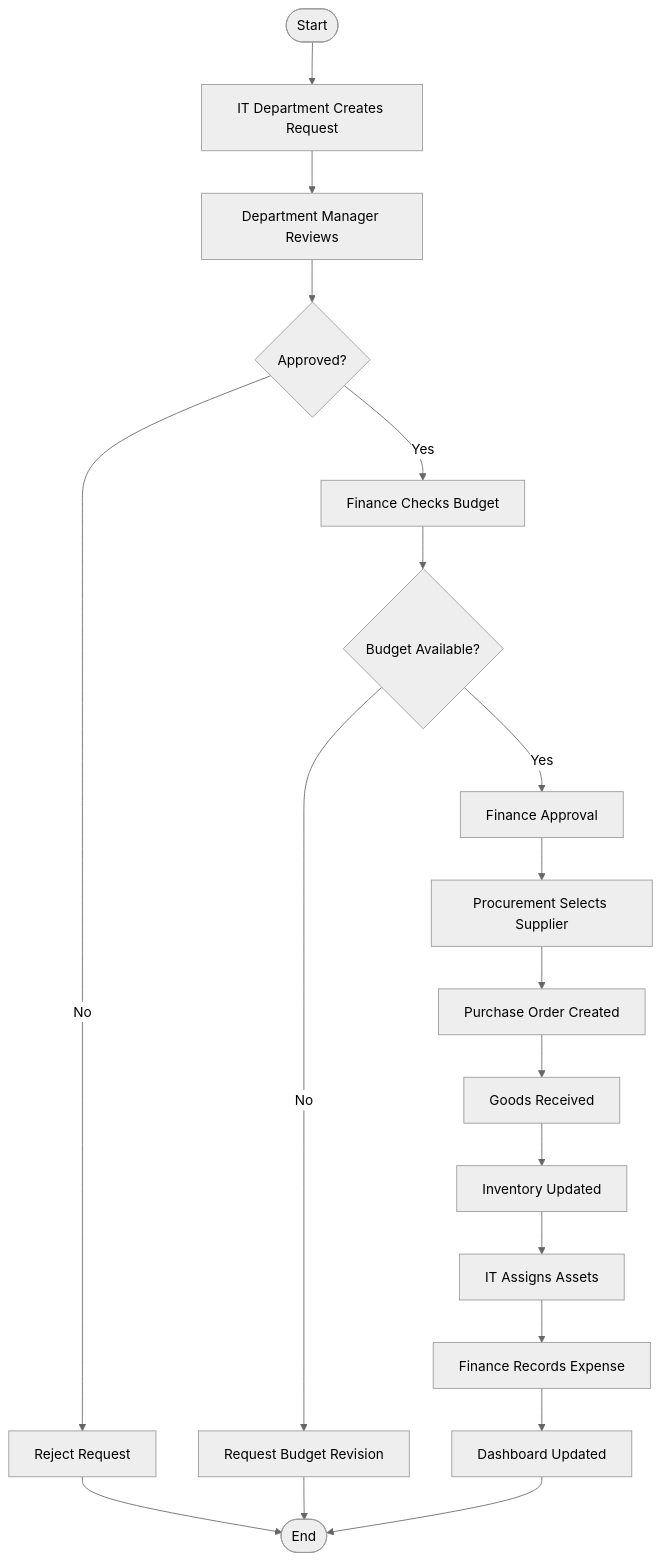
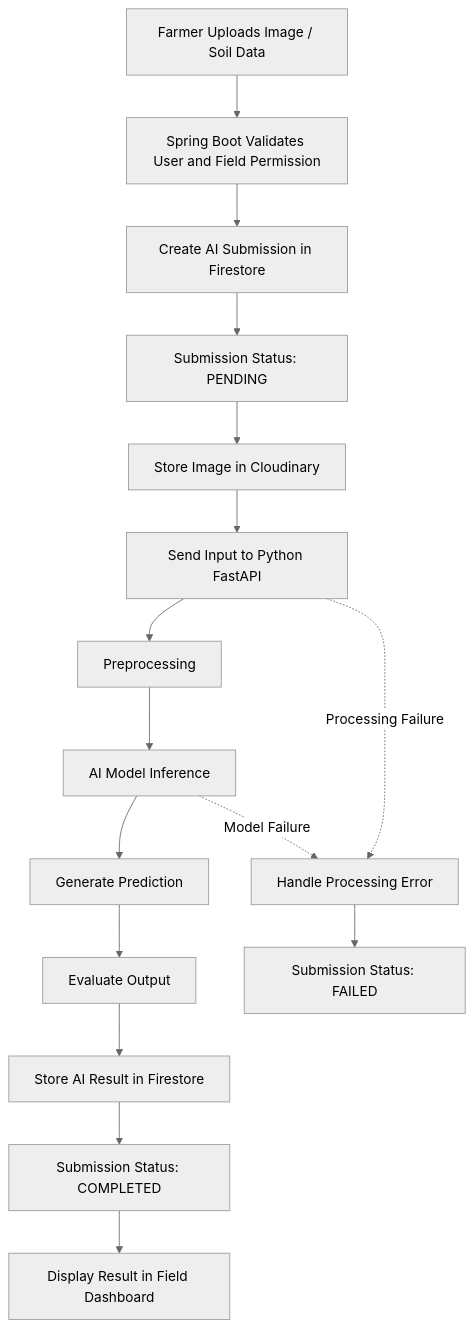
One commit to suyabamin/Aop-project-documantation changed the eighth of 16 diagrams in README.md. Above: the diagram before and after it, drawn with Mermaid (neutral theme). The commit also changed other lines of this file, not shown here.

````diff
--- a/README.md
+++ b/README.md
@@ -738,25 +1076,41 @@
 ```mermaid
 flowchart TD
-    A([Start]) --> B[IT Department Creates Request]
-    B --> C[Department Manager Reviews]
-    C --> D{Approved?}
 
-    D -->|No| E[Reject Request]
-    E --> Z([End])
+    A["Farmer Uploads Image / Soil Data"]
 
-    D -->|Yes| F[Finance Checks Budget]
-    F --> G{Budget Available?}
+    B["Spring Boot Validates User and Field Permission"]
 
-    G -->|No| H[Request Budget Revision]
-    H --> Z
+    C["Create AI Submission in Firestore"]
 
-    G -->|Yes| I[Finance Approval]
-    I --> J[Procurement Selects Supplier]
-    J --> K[Purchase Order Created]
-    K --> L[Goods Received]
-    L --> M[Inventory Updated]
-    M --> N[IT Assigns Assets]
-    N --> O[Finance Records Expense]
-    O --> P[Dashboard Updated]
-    P --> Z
+    D["Submission Status: PENDING"]
+
+    E["Store Image in Cloudinary"]
+
+    F["Send Input to Python FastAPI"]
+
+    G["Preprocessing"]
+
+    H["AI Model Inference"]
+
+    I["Generate Prediction"]
+
+    J["Evaluate Output"]
+
+    K["Store AI Result in Firestore"]
+
+    L["Submission Status: COMPLETED"]
+
+    M["Display Result in Field Dashboard"]
+
+    N["Handle Processing Error"]
+
+    O["Submission Status: FAILED"]
+
+    A --> B --> C --> D
+    D --> E
+    E --> F --> G --> H --> I --> J --> K --> L --> M
+
+    F -. "Processing Failure" .-> N
+    H -. "Model Failure" .-> N
+    N --> O
 ```
````
